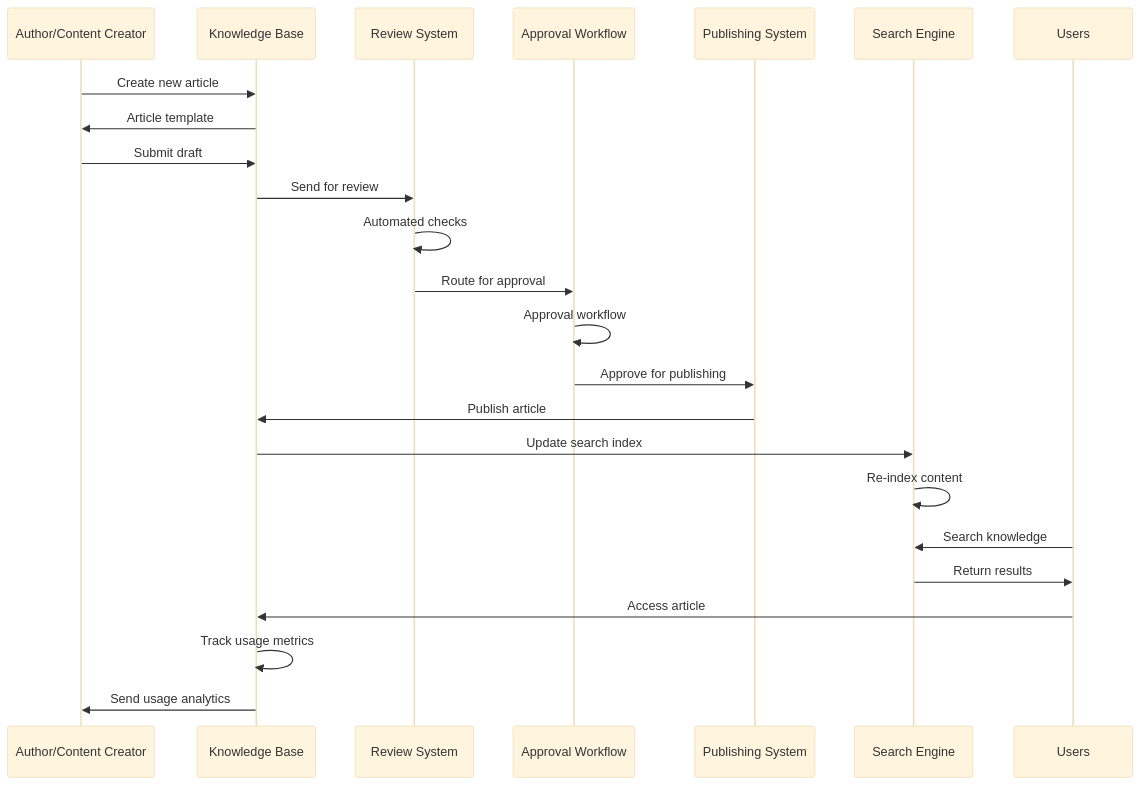
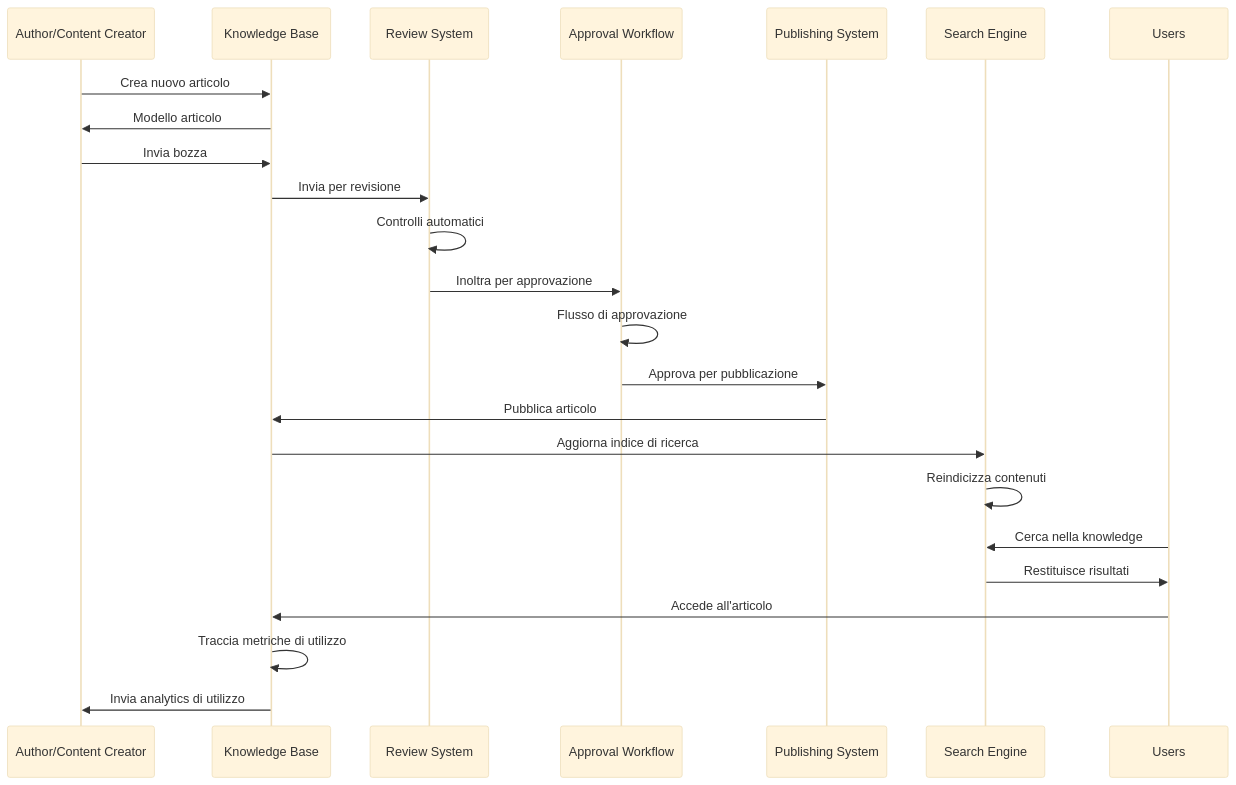
One commit to gianlucaciarcelluti/Interzen.ZenIA changed the third of 9 diagrams in docs/use_cases/UC10 - Supporto all'Utente/03-SEQUENCES.md. Above: the diagram before and after it, drawn with Mermaid (base theme). The commit also changed other lines of this file and 14 other files, not shown here.

````diff
--- a/docs/use_cases/UC10 - Supporto all'Utente/03-SEQUENCES.md
+++ b/docs/use_cases/UC10 - Supporto all'Utente/03-SEQUENCES.md
@@ -89,32 +89,32 @@
 ```mermaid
 sequenceDiagram
     participant AU as Author/Content Creator
     participant KB as Knowledge Base
     participant RV as Review System
     participant AP as Approval Workflow
     participant PB as Publishing System
     participant SR as Search Engine
     participant US as Users
 
-    AU->>KB: Create new article
-    KB->>AU: Article template
+    AU->>KB: Crea nuovo articolo
+    KB->>AU: Modello articolo
 
-    AU->>KB: Submit draft
-    KB->>RV: Send for review
-    RV->>RV: Automated checks
-    RV->>AP: Route for approval
+    AU->>KB: Invia bozza
+    KB->>RV: Invia per revisione
+    RV->>RV: Controlli automatici
+    RV->>AP: Inoltra per approvazione
 
-    AP->>AP: Approval workflow
-    AP->>PB: Approve for publishing
+    AP->>AP: Flusso di approvazione
+    AP->>PB: Approva per pubblicazione
 
-    PB->>KB: Publish article
-    KB->>SR: Update search index
-    SR->>SR: Re-index content
+    PB->>KB: Pubblica articolo
+    KB->>SR: Aggiorna indice di ricerca
+    SR->>SR: Reindicizza contenuti
 
-    US->>SR: Search knowledge
-    SR->>US: Return results
-    US->>KB: Access article
+    US->>SR: Cerca nella knowledge
+    SR->>US: Restituisce risultati
+    US->>KB: Accede all'articolo
 
-    KB->>KB: Track usage metrics
-    KB->>AU: Send usage analytics
+    KB->>KB: Traccia metriche di utilizzo
+    KB->>AU: Invia analytics di utilizzo
 ```
````
